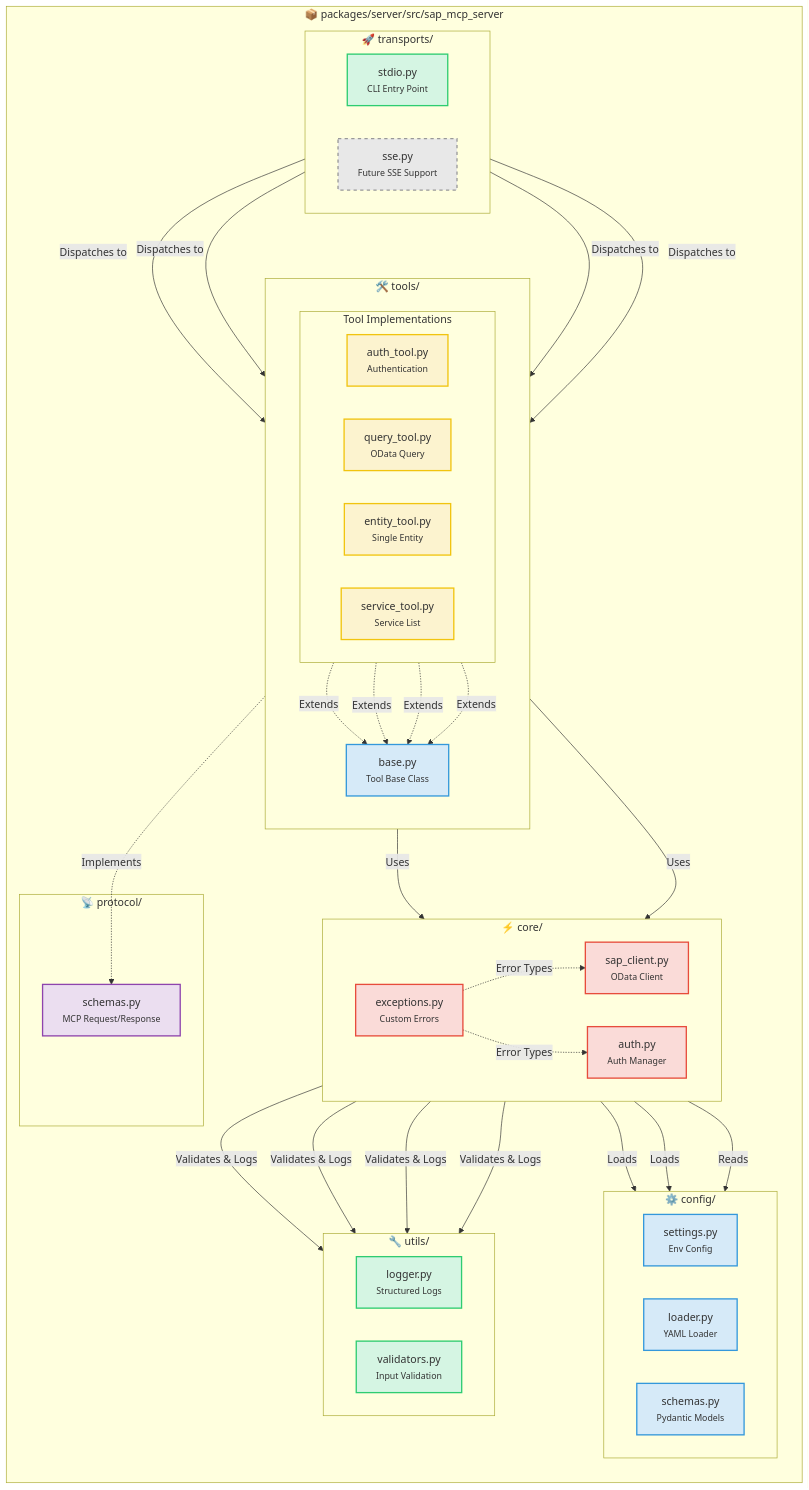
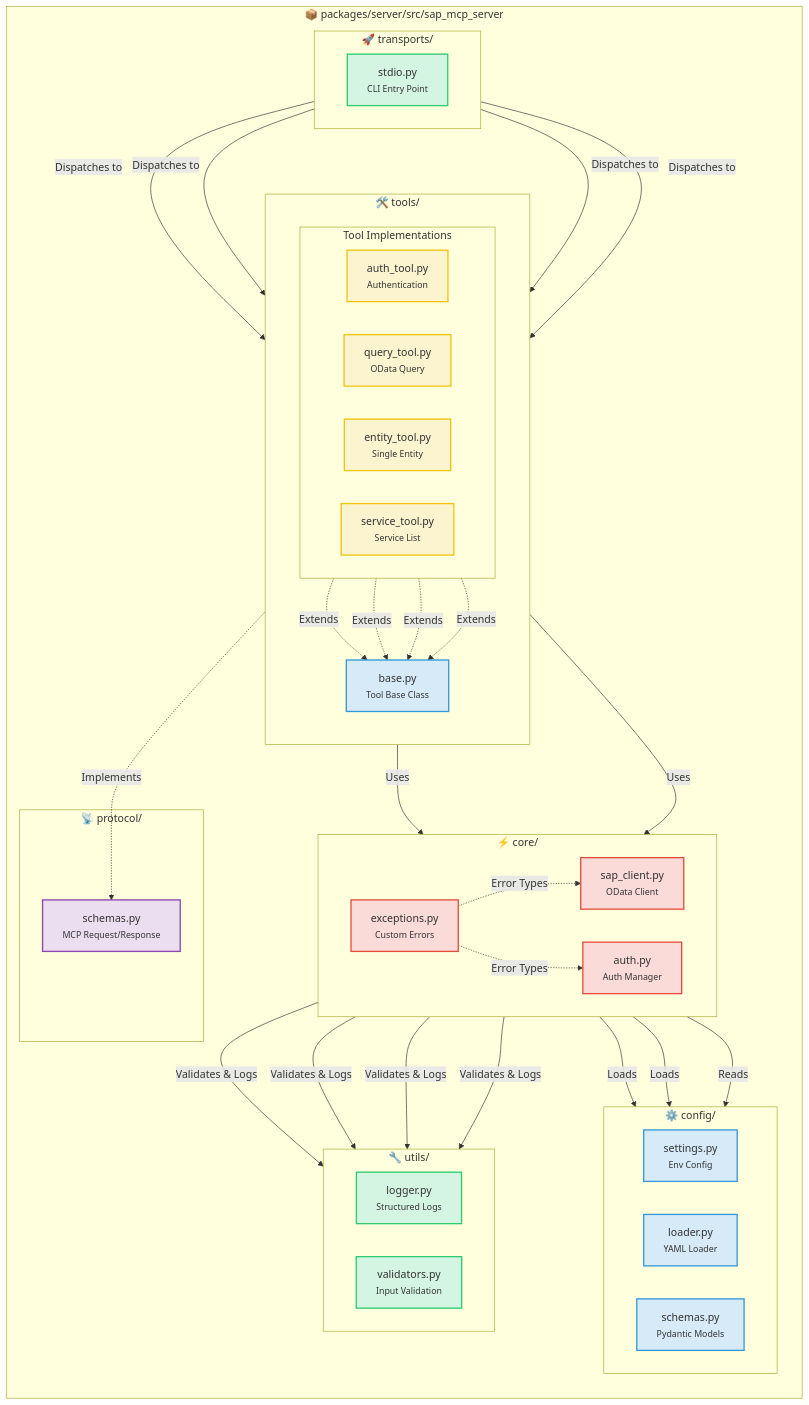
One commit to midasol/sap-mcp-server changed the second of 5 diagrams in README.md. Above: the diagram before and after it, drawn with Mermaid. The commit also changed other lines of this file and 4 other files, not shown here.

````diff
--- a/README.md
+++ b/README.md
@@ -110,76 +107,74 @@
 ```mermaid
 graph TB
     subgraph pkg["📦 packages/server/src/sap_mcp_server"]
         direction TB
 
         subgraph trans["🚀 transports/"]
             direction LR
             T1["stdio.py<br/><small>CLI Entry Point</small>"]
-            T2["sse.py<br/><small>Future SSE Support</small>"]
         end
 
         subgraph tools["🛠️ tools/"]
             direction TB
             TO5["base.py<br/><small>Tool Base Class</small>"]
 
             subgraph toolImpl["Tool Implementations"]
                 direction LR
                 TO1["auth_tool.py<br/><small>Authentication</small>"]
                 TO2["query_tool.py<br/><small>OData Query</small>"]
                 TO3["entity_tool.py<br/><small>Single Entity</small>"]
                 TO4["service_tool.py<br/><small>Service List</small>"]
             end
         end
 
         subgraph core["⚡ core/"]
             direction LR
             C1["sap_client.py<br/><small>OData Client</small>"]
             C2["auth.py<br/><small>Auth Manager</small>"]
             C3["exceptions.py<br/><small>Custom Errors</small>"]
         end
 
         subgraph config["⚙️ config/"]
             direction LR
             CF1["settings.py<br/><small>Env Config</small>"]
             CF2["loader.py<br/><small>YAML Loader</small>"]
             CF3["schemas.py<br/><small>Pydantic Models</small>"]
         end
 
         subgraph utils["🔧 utils/"]
             direction LR
             U1["logger.py<br/><small>Structured Logs</small>"]
             U2["validators.py<br/><small>Input Validation</small>"]
         end
 
         subgraph protocol["📡 protocol/"]
             P1["schemas.py<br/><small>MCP Request/Response</small>"]
         end
     end
 
     T1 -->|Dispatches to| TO1 & TO2 & TO3 & TO4
     TO1 & TO2 & TO3 & TO4 -.->|Extends| TO5
     TO5 -->|Uses| C1 & C2
     C1 -->|Loads| CF1 & CF2
     C2 -->|Reads| CF1
     C1 & C2 -->|Validates & Logs| U1 & U2
     TO5 -.->|Implements| P1
     C3 -.->|Error Types| C1 & C2
 
     classDef transportNode fill:#D5F5E3,stroke:#2ECC71,stroke-width:2px
     classDef futureNode fill:#E8E8E8,stroke:#999999,stroke-width:2px,stroke-dasharray:5 5
     classDef toolNode fill:#FCF3CF,stroke:#F1C40F,stroke-width:2px
     classDef baseNode fill:#D6EAF8,stroke:#3498DB,stroke-width:2px
     classDef coreNode fill:#FADBD8,stroke:#E74C3C,stroke-width:2px
     classDef configNode fill:#D6EAF8,stroke:#3498DB,stroke-width:2px
     classDef utilNode fill:#D5F5E3,stroke:#2ECC71,stroke-width:2px
     classDef protocolNode fill:#EBDEF0,stroke:#8E44AD,stroke-width:2px
 
     class T1 transportNode
-    class T2 futureNode
     class TO1,TO2,TO3,TO4 toolNode
     class TO5 baseNode
     class C1,C2,C3 coreNode
     class CF1,CF2,CF3 configNode
     class U1,U2 utilNode
     class P1 protocolNode
 ```
````
